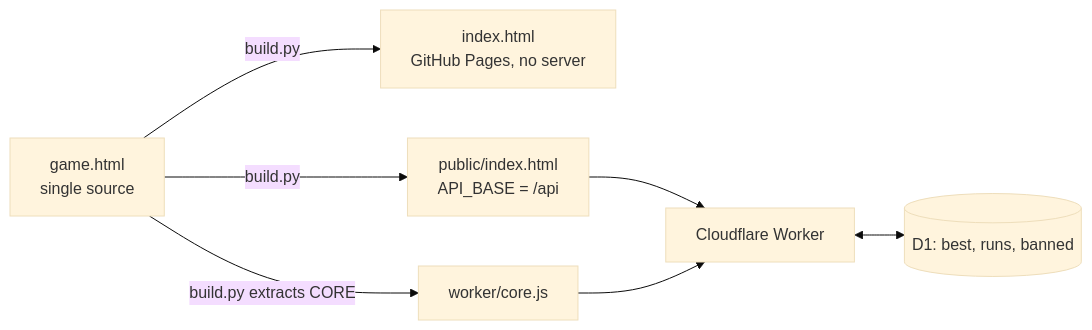
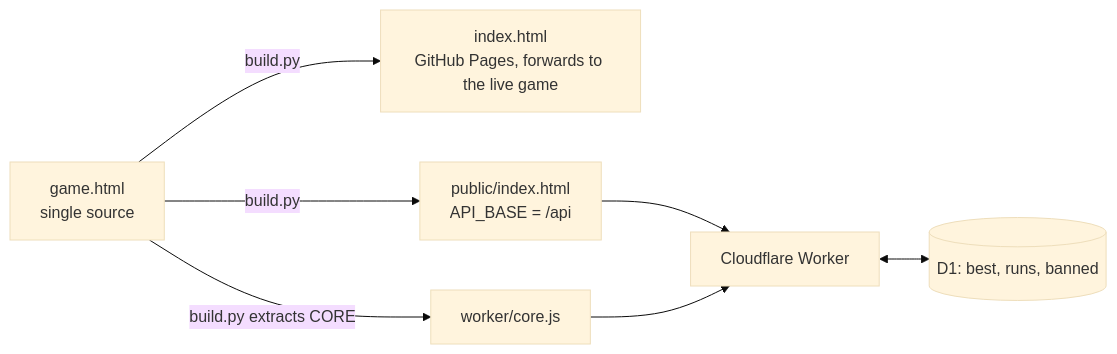
Before and after one commit to jtwood25-2/lj-cake-stack: the first of 2 diagrams in README.md, drawn with Mermaid (base theme). The commit also changed other lines of this file and 3 other files, not shown here.

First line of the commit message:
Go live on Cloudflare; GitHub Pages link forwards to it

````diff
--- a/README.md
+++ b/README.md
@@ -14,9 +14,9 @@
 ```mermaid
 flowchart LR
-    src[game.html<br/>single source] -->|build.py| gh[index.html<br/>GitHub Pages, no server]
+    src[game.html<br/>single source] -->|build.py| gh[index.html<br/>GitHub Pages, forwards to the live game]
     src -->|build.py| pub[public/index.html<br/>API_BASE = /api]
     src -->|build.py extracts CORE| core[worker/core.js]
     pub --> cf[Cloudflare Worker]
     core --> cf
     cf <--> d1[(D1: best, runs, banned)]
 ```
````
